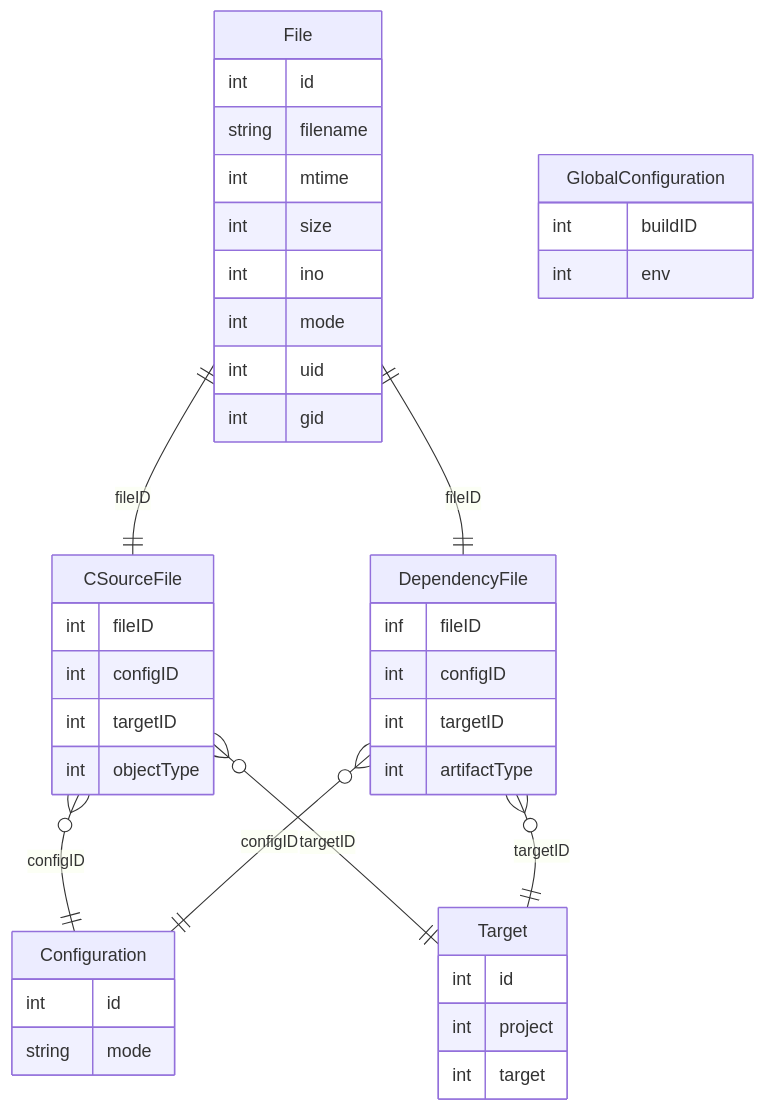
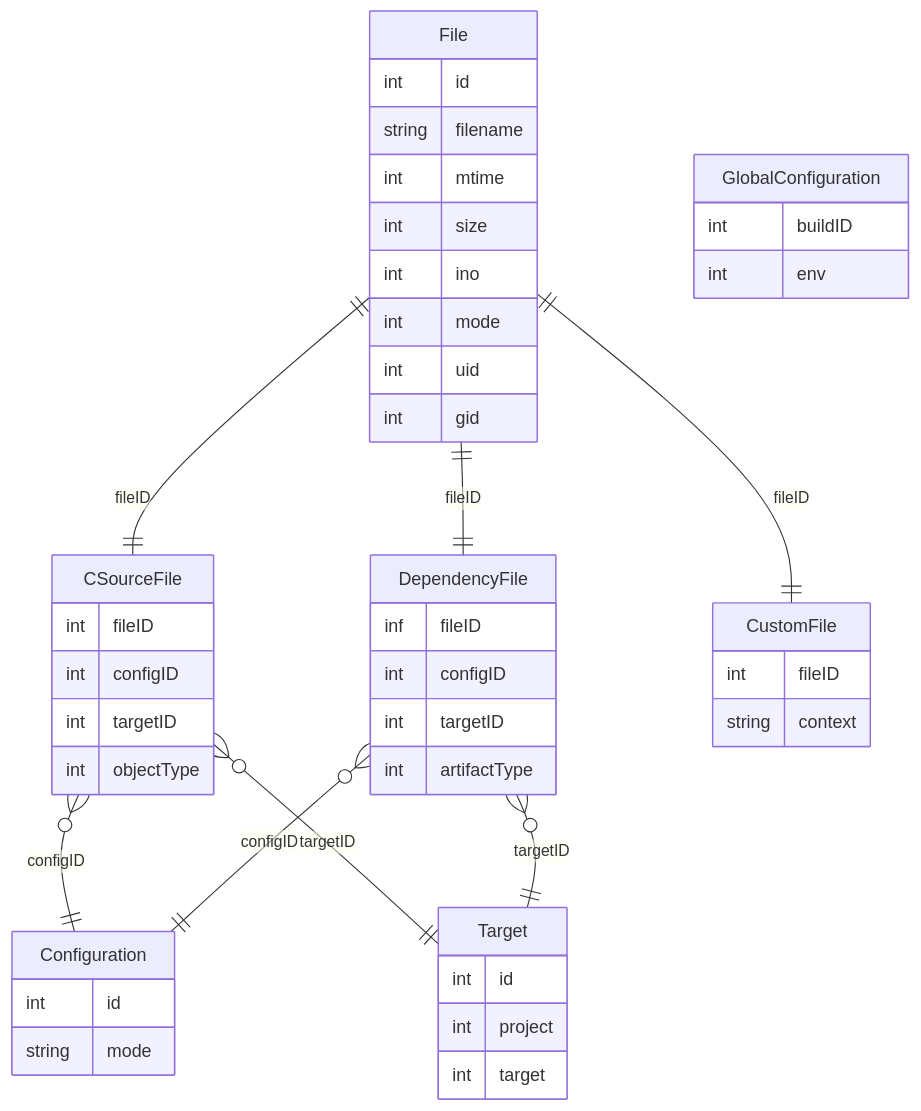
One commit to Jomy10/beaver changed the diagram in docs/internal/Cache.md. Above: the diagram before and after it, drawn with Mermaid. The commit also changed 16 other files, not shown here.

````diff
--- a/docs/internal/Cache.md
+++ b/docs/internal/Cache.md
@@ -1,54 +1,62 @@
 ```mermaid
 erDiagram
 
 File {
 	int id
 	string filename
 	int mtime
 	int size
 	int ino
 	int mode
 	int uid
 	int gid
 }
 
 CSourceFile {
 	int fileID
 	int configID
 	int targetID
 	int objectType
 }
 
 Configuration {
   int id
 	string mode
 }
 
 Target {
 	int id
 	int project
 	int target
 }
 
 GlobalConfiguration {
 	%% The Beaver buildId; regenerated on every build
   int buildID
   %% A hash computed from the environment variables
   int env
 }
 
 DependencyFile {
 	inf fileID
 	int configID
 	int targetID
 	%% The artifact this dependency is linked to
 	int artifactType
 }
 
+CustomFile {
+	int fileID
+	string context
+}
+
 File ||--|| CSourceFile: fileID
 CSourceFile }o--|| Configuration: configID
 CSourceFile }o--|| Target: targetID
+
 File ||--|| DependencyFile: fileID
 DependencyFile }o--|| Configuration: configID
 DependencyFile }o--|| Target: targetID
+
+File ||--|| CustomFile: fileID
 ```
````
